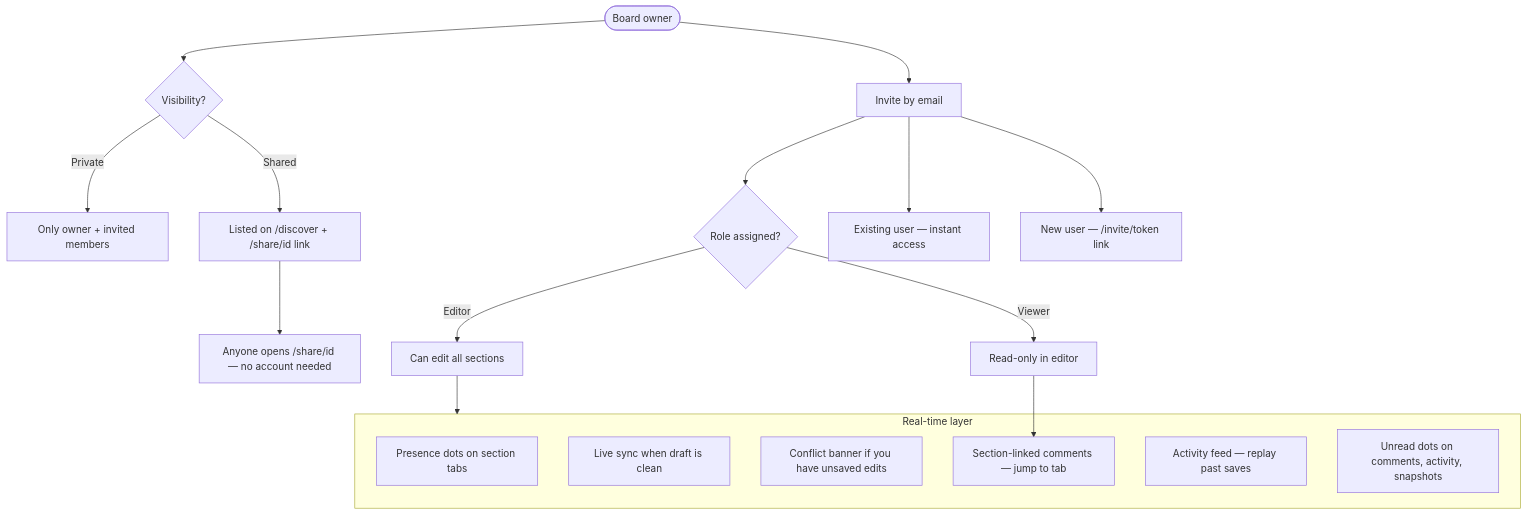
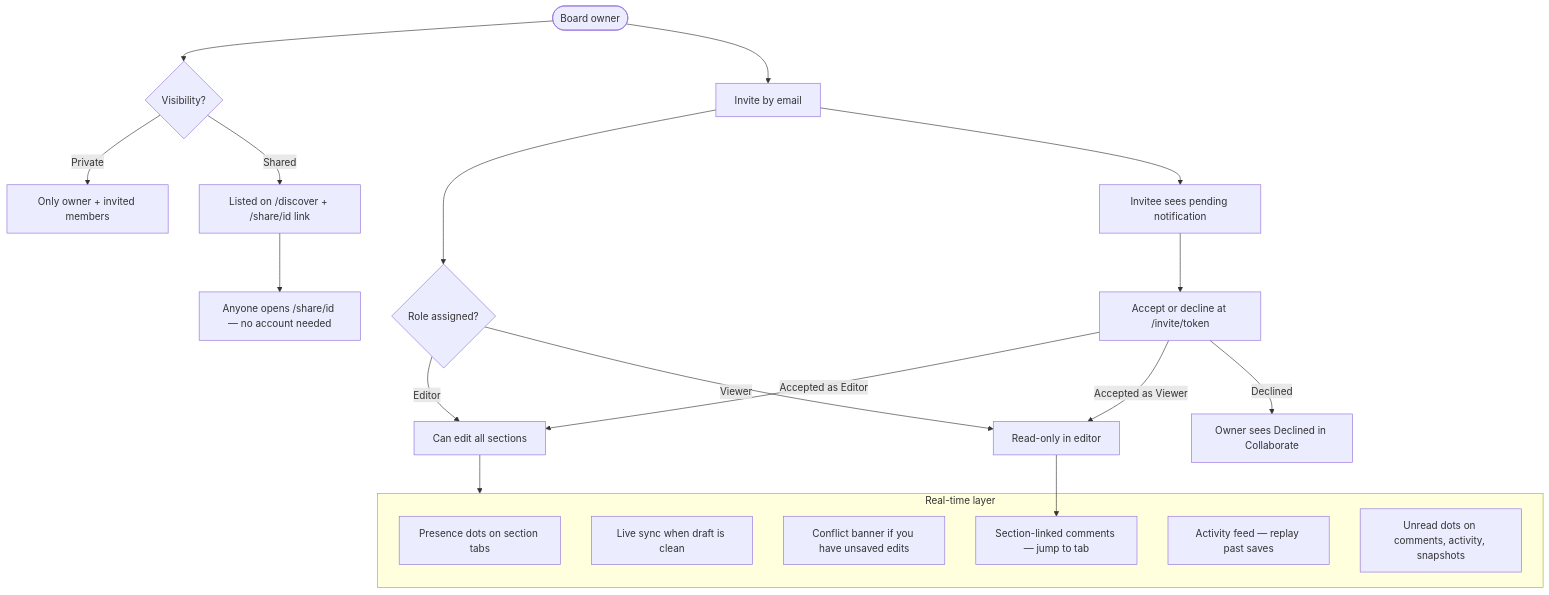
One commit to NehangPatel23/Moodboard-AI changed the sixth of 7 diagrams in README.md. Above: the diagram before and after it, drawn with Mermaid. The commit also changed other lines of this file and 19 other files, not shown here.

````diff
--- a/README.md
+++ b/README.md
@@ -290,30 +290,33 @@
 ```mermaid
 flowchart TD
   owner(["Board owner"]) --> vis{"Visibility?"}
 
   vis -->|Private| private["Only owner + invited members"]
   vis -->|Shared| public["Listed on /discover + /share/id link"]
 
   owner --> invite["Invite by email"]
   invite --> role{"Role assigned?"}
 
   role -->|Editor| editAccess["Can edit all sections"]
   role -->|Viewer| viewAccess["Read-only in editor"]
 
-  invite --> accept["Existing user — instant access"]
-  invite --> token["New user — /invite/token link"]
+  invite --> pending["Invitee sees pending notification"]
+  pending --> accept["Accept or decline at /invite/token"]
+  accept -->|Accepted as Editor| editAccess
+  accept -->|Accepted as Viewer| viewAccess
+  accept -->|Declined| declined["Owner sees Declined in Collaborate"]
 
   editAccess --> realtime
 
   subgraph realtime ["Real-time layer"]
     presence["Presence dots on section tabs"]
     sync["Live sync when draft is clean"]
     conflict["Conflict banner if you have unsaved edits"]
     comments["Section-linked comments — jump to tab"]
     activity["Activity feed — replay past saves"]
     unseen["Unread dots on comments, activity, snapshots"]
   end
 
   viewAccess --> comments
   public --> sharepage["Anyone opens /share/id — no account needed"]
 ```
````
